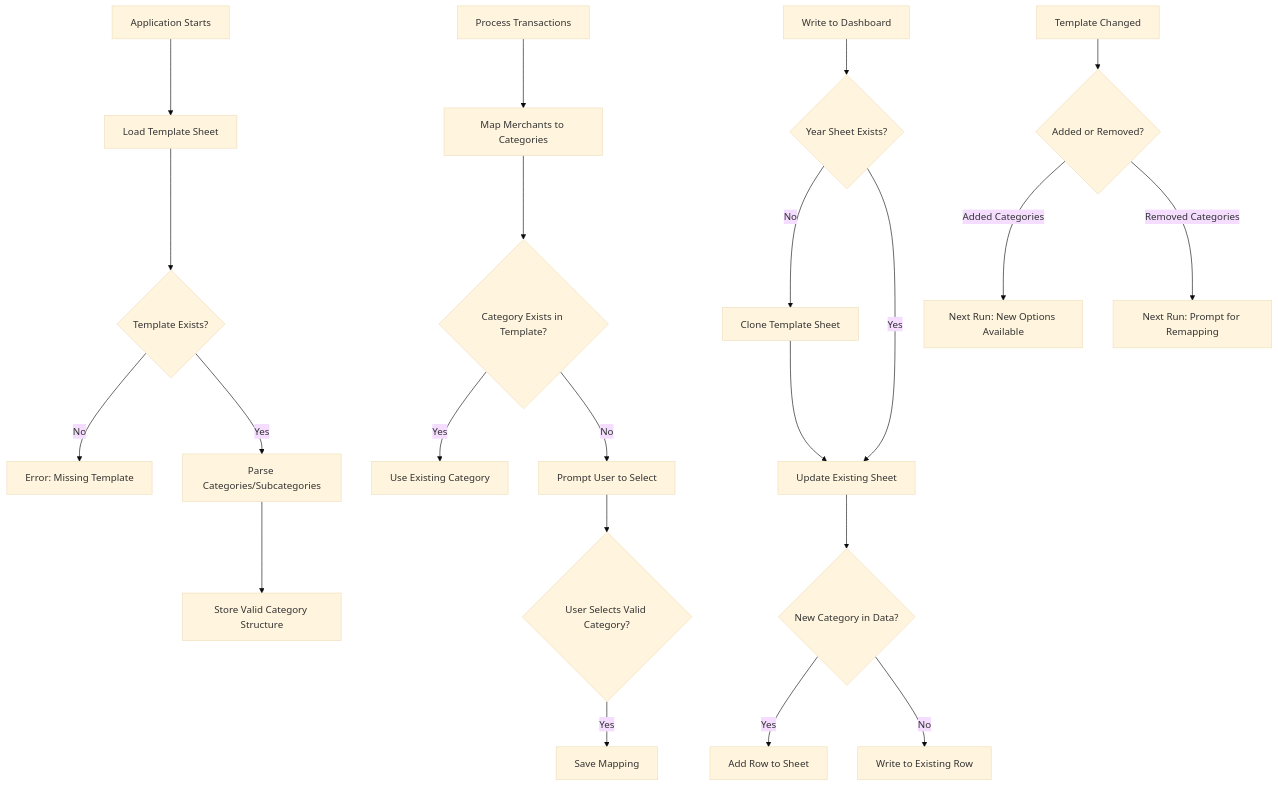
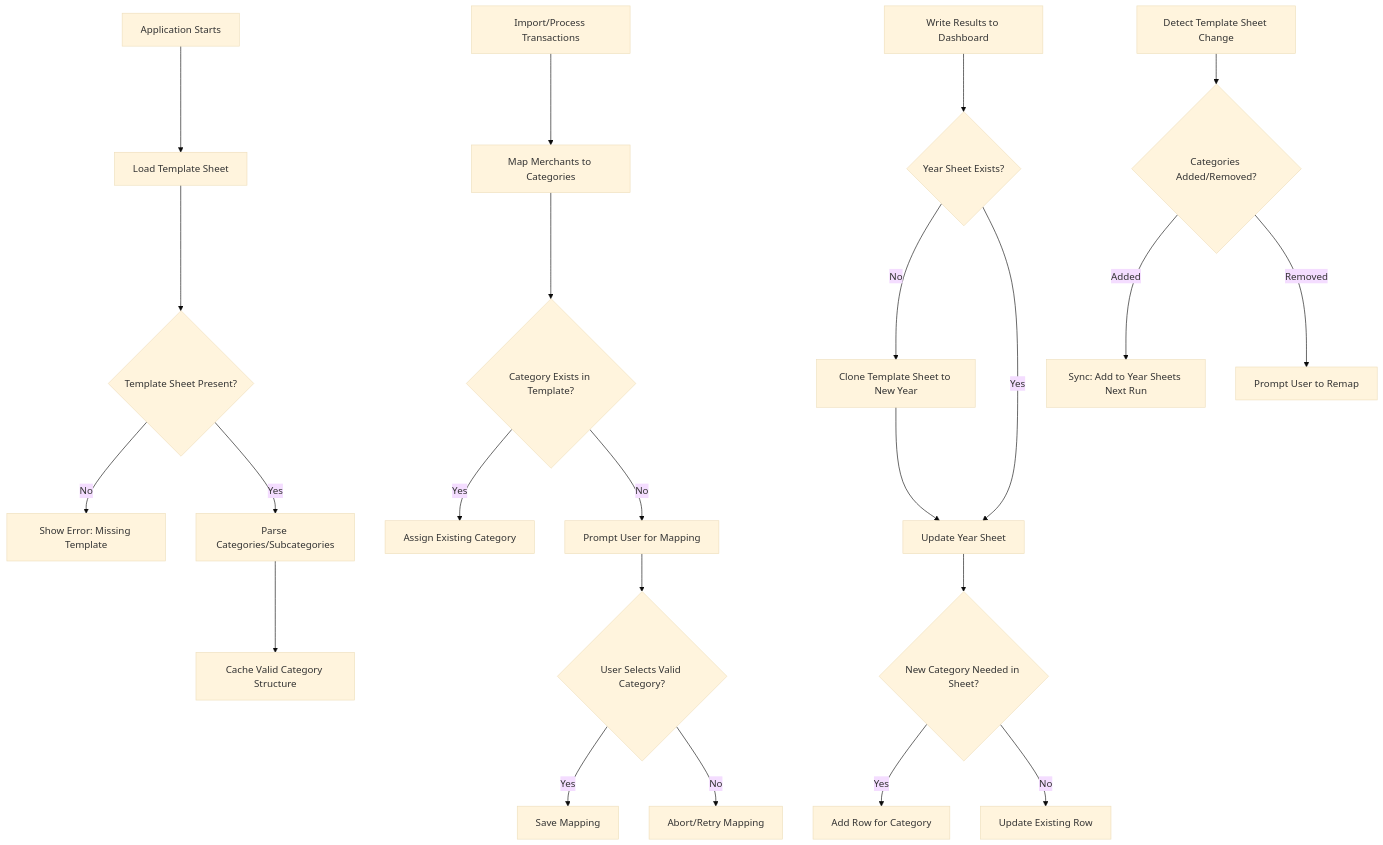
One commit to shaygol/budget_tracker changed the diagram in README.md. Above: the diagram before and after it, drawn with Mermaid (base theme). The commit also changed other lines of this file and 21 other files, not shown here.

````diff
--- a/README.md
+++ b/README.md
@@ -113,27 +118,28 @@
 ```mermaid
 graph TD
     A[Application Starts] --> B[Load Template Sheet]
-    B --> C{Template Exists?}
-    C -->|No| D[Error: Missing Template]
+    B --> C{Template Sheet Present?}
+    C -->|No| D[Show Error: Missing Template]
     C -->|Yes| E[Parse Categories/Subcategories]
-    E --> F[Store Valid Category Structure]
+    E --> F[Cache Valid Category Structure]
 
-    G[Process Transactions] --> H[Map Merchants to Categories]
+    G[Import/Process Transactions] --> H[Map Merchants to Categories]
     H --> I{Category Exists in Template?}
-    I -->|Yes| J[Use Existing Category]
-    I -->|No| K[Prompt User to Select]
+    I -->|Yes| J[Assign Existing Category]
+    I -->|No| K[Prompt User for Mapping]
     K --> L{User Selects Valid Category?}
     L -->|Yes| M[Save Mapping]
+    L -->|No| N[Abort/Retry Mapping]
 
-    N[Write to Dashboard] --> O{Year Sheet Exists?}
-    O -->|No| P[Clone Template Sheet]
-    O -->|Yes| Q[Update Existing Sheet]
-    P --> Q
-    Q --> R{New Category in Data?}
-    R -->|Yes| S[Add Row to Sheet]
-    R -->|No| T[Write to Existing Row]
+    O[Write Results to Dashboard] --> P{Year Sheet Exists?}
+    P -->|No| Q[Clone Template Sheet to New Year]
+    P -->|Yes| R[Update Year Sheet]
+    Q --> R
+    R --> S{New Category Needed in Sheet?}
+    S -->|Yes| T[Add Row for Category]
+    S -->|No| U[Update Existing Row]
 
-    U[Template Changed] --> V{Added or Removed?}
-    V -->|Added Categories| W[Next Run: New Options Available]
-    V -->|Removed Categories| X[Next Run: Prompt for Remapping]
+    V[Detect Template Sheet Change] --> W{Categories Added/Removed?}
+    W -->|Added| X[Sync: Add to Year Sheets Next Run]
+    W -->|Removed| Y[Prompt User to Remap]
 ```
````
